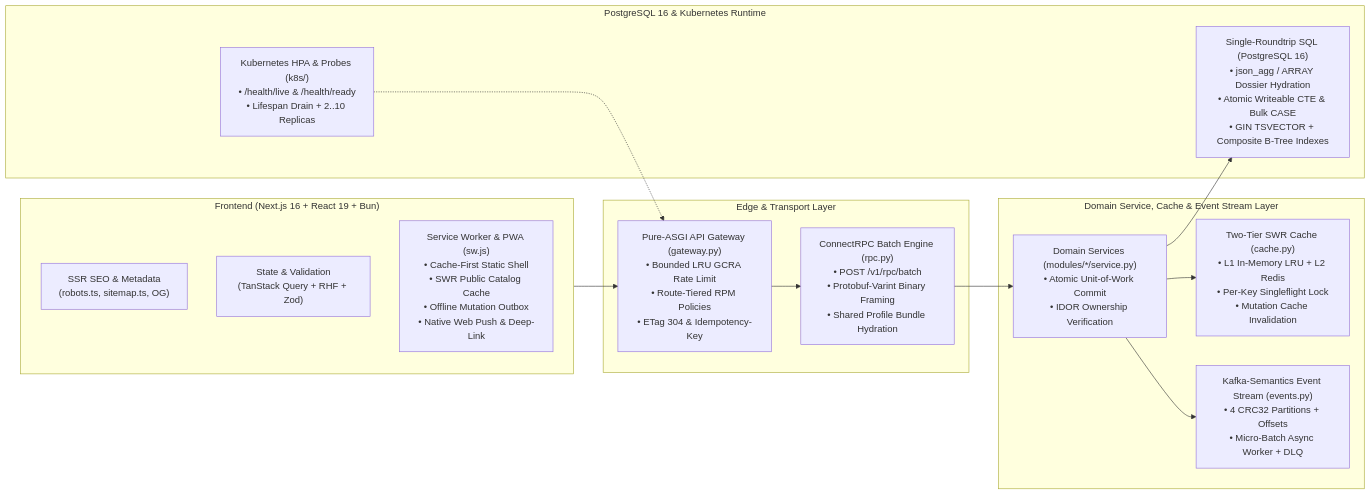
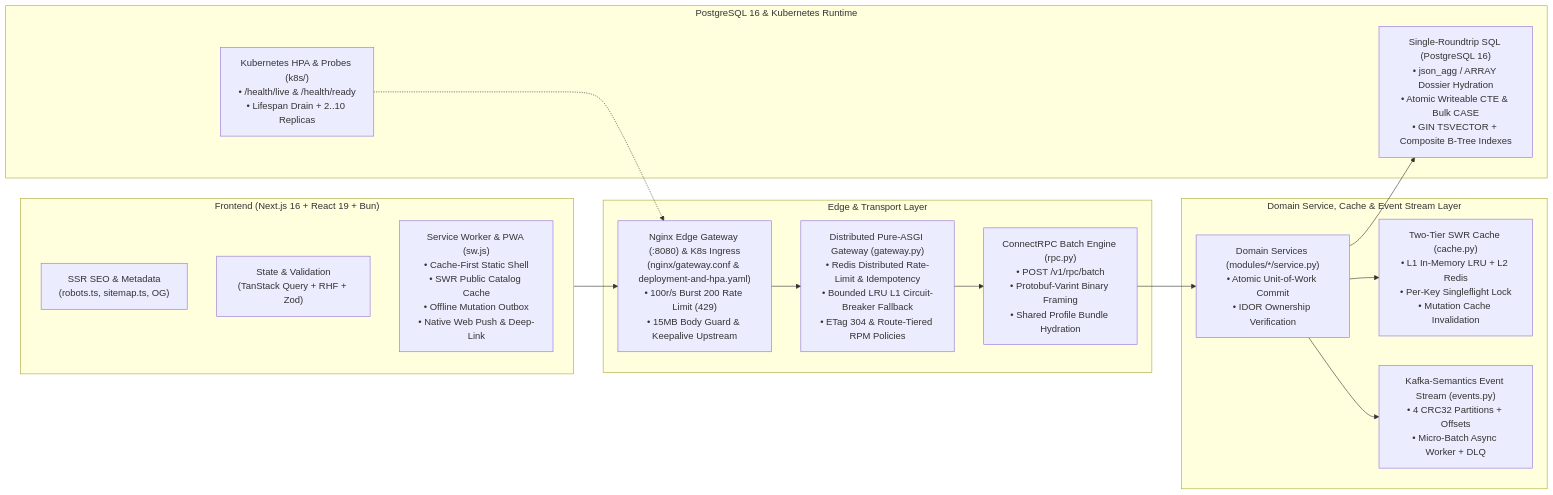
Before and after one commit to farmer911/belooga: the second of 2 diagrams in .agents/ROUTER.md, drawn with Mermaid. The commit also changed other lines of this file and 20 other files, not shown here.

Commit message:
feat(gateway): BEL-138 align all services, skills, workflows, README, and E2E tests to Edge Gateway (:8080)

````diff
--- a/.agents/ROUTER.md
+++ b/.agents/ROUTER.md
@@ -22,30 +22,31 @@
 ```mermaid
 flowchart LR
     subgraph FE["Frontend (Next.js 16 + React 19 + Bun)"]
         SEO["SSR SEO & Metadata\n(robots.ts, sitemap.ts, OG)"]
         RQ["State & Validation\n(TanStack Query + RHF + Zod)"]
         SW["Service Worker & PWA (sw.js)\n• Cache-First Static Shell\n• SWR Public Catalog Cache\n• Offline Mutation Outbox\n• Native Web Push & Deep-Link"]
     end
 
     subgraph GW_RPC["Edge & Transport Layer"]
-        GW["Pure-ASGI API Gateway (gateway.py)\n• Bounded LRU GCRA Rate Limit\n• Route-Tiered RPM Policies\n• ETag 304 & Idempotency-Key"]
+        EDGE["Nginx Edge Gateway (:8080) & K8s Ingress\n(nginx/gateway.conf & deployment-and-hpa.yaml)\n• 100r/s Burst 200 Rate Limit (429)\n• 15MB Body Guard & Keepalive Upstream"]
+        GW["Distributed Pure-ASGI Gateway (gateway.py)\n• Redis Distributed Rate-Limit & Idempotency\n• Bounded LRU L1 Circuit-Breaker Fallback\n• ETag 304 & Route-Tiered RPM Policies"]
         RPC["ConnectRPC Batch Engine (rpc.py)\n• POST /v1/rpc/batch\n• Protobuf-Varint Binary Framing\n• Shared Profile Bundle Hydration"]
     end
 
     subgraph CORE["Domain Service, Cache & Event Stream Layer"]
         SVC["Domain Services (modules/*/service.py)\n• Atomic Unit-of-Work Commit\n• IDOR Ownership Verification"]
         CACHE["Two-Tier SWR Cache (cache.py)\n• L1 In-Memory LRU + L2 Redis\n• Per-Key Singleflight Lock\n• Mutation Cache Invalidation"]
         EVT["Kafka-Semantics Event Stream (events.py)\n• 4 CRC32 Partitions + Offsets\n• Micro-Batch Async Worker + DLQ"]
     end
 
     subgraph DATA_OPS["PostgreSQL 16 & Kubernetes Runtime"]
         PG["Single-Roundtrip SQL (PostgreSQL 16)\n• json_agg / ARRAY Dossier Hydration\n• Atomic Writeable CTE & Bulk CASE\n• GIN TSVECTOR + Composite B-Tree Indexes"]
         K8S["Kubernetes HPA & Probes (k8s/)\n• /health/live & /health/ready\n• Lifespan Drain + 2..10 Replicas"]
     end
 
-    FE --> GW --> RPC --> SVC
+    FE --> EDGE --> GW --> RPC --> SVC
     SVC --> CACHE
     SVC --> EVT
     SVC --> PG
-    K8S -.-> GW
+    K8S -.-> EDGE
 ```
````
